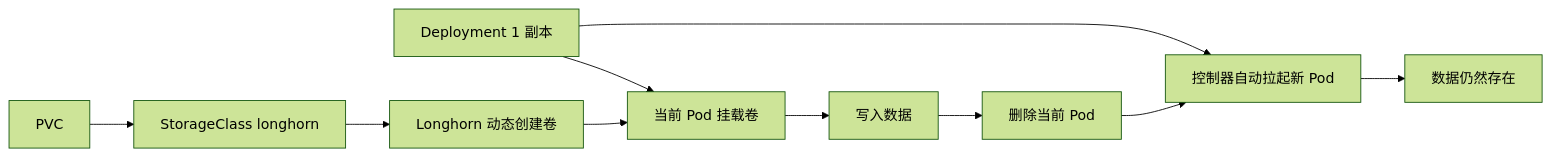
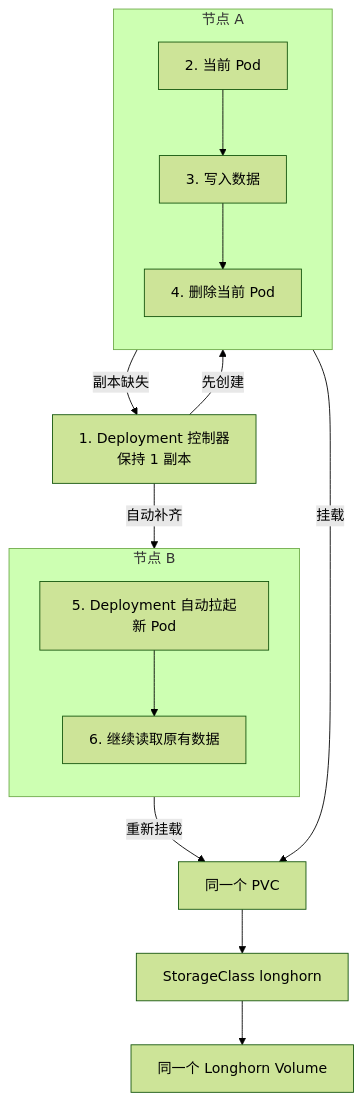
One commit to hwang-protocol/docker_k8s_2026 changed the fourth of 5 diagrams in k8s/04-storage-and-stateful/docs/00_storage_theory.md. Above: the diagram before and after it, drawn with Mermaid (forest theme). The commit also changed other lines of this file, not shown here.

````diff
--- a/k8s/04-storage-and-stateful/docs/00_storage_theory.md
+++ b/k8s/04-storage-and-stateful/docs/00_storage_theory.md
@@ -247,22 +295,32 @@
 ```mermaid
-flowchart LR
-  ctrl[Deployment 1 副本]
-  pvc[PVC]
-  sc[StorageClass longhorn]
-  volume[Longhorn 动态创建卷]
-  pod1[当前 Pod 挂载卷]
-  write[写入数据]
-  delete[删除当前 Pod]
-  pod2[控制器自动拉起新 Pod]
-  data[数据仍然存在]
+flowchart TB
+  ctrl["1. Deployment 控制器<br/>保持 1 副本"]
+  pvc["同一个 PVC"]
+  sc["StorageClass longhorn"]
+  volume["同一个 Longhorn Volume"]
 
-  ctrl --> pod1
-  ctrl --> pod2
+  subgraph old["节点 A"]
+    direction TB
+    pod1["2. 当前 Pod"]
+    write["3. 写入数据"]
+    delete["4. 删除当前 Pod"]
+    pod1 --> write
+    write --> delete
+  end
+
+  subgraph new["节点 B"]
+    direction TB
+    pod2["5. Deployment 自动拉起新 Pod"]
+    read["6. 继续读取原有数据"]
+    pod2 --> read
+  end
+
+  ctrl -->|先创建| pod1
+  delete -->|副本缺失| ctrl
+  ctrl -->|自动补齐| pod2
+
+  pod1 -->|挂载| pvc
+  pod2 -->|重新挂载| pvc
   pvc --> sc
   sc --> volume
-  volume --> pod1
-  pod1 --> write
-  write --> delete
-  delete --> pod2
-  pod2 --> data
 ```
````
